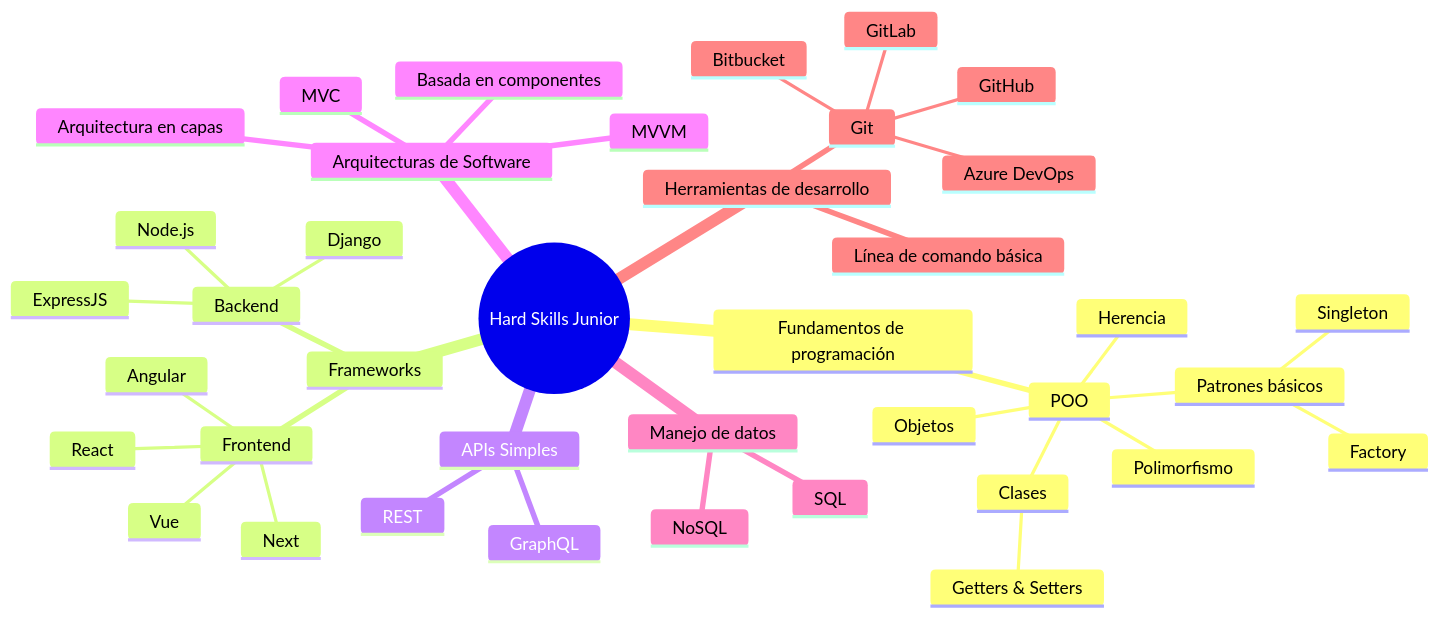
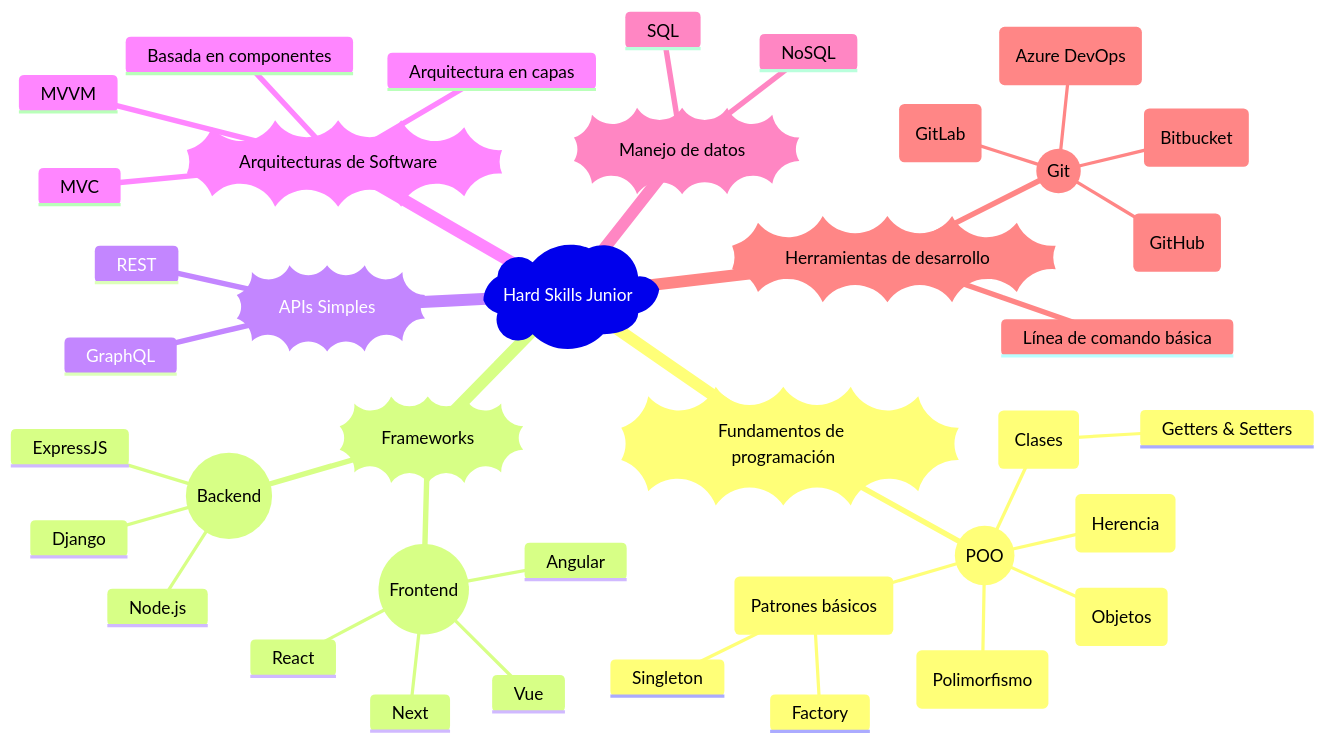
One commit to EdgarRangelInnovate/EdgarRangelInnovate changed the first of 12 diagrams in knowledge/tech/junior.md. Above: the diagram before and after it, drawn with Mermaid. The commit also changed other lines of this file, not shown here.

Commit message:
♻️ Refactor hard skills section in junior.md to enhance clarity and organization

````diff
--- a/knowledge/tech/junior.md
+++ b/knowledge/tech/junior.md
@@ -9,42 +9,42 @@
 ```mermaid
 mindmap
-  root((Hard Skills Junior))
-    Fundamentos de programación
-      POO
-        Clases
+  root)Hard Skills Junior((
+    ))Fundamentos de programación((
+      ((POO))
+        (Clases)
           Getters & Setters
-        Objetos
-        Herencia
-        Polimorfismo
-        Patrones básicos
+        (Objetos)
+        (Herencia)
+        (Polimorfismo)
+        (Patrones básicos)
           Factory
           Singleton
-    Frameworks
-      Frontend
+    ))Frameworks((
+      ((Frontend))
         React
         Angular
         Vue
         Next
-      Backend
+      ((Backend))
         Django
         ExpressJS
         Node.js
-    APIs Simples
+    ))APIs Simples((
       REST
       GraphQL
-    Arquitecturas de Software
+    ))Arquitecturas de Software((
       MVC
       MVVM
       Arquitectura en capas
       Basada en componentes
-    Manejo de datos
+    ))Manejo de datos((
       SQL
       NoSQL
-    Herramientas de desarrollo
-      Git
-        GitHub
-        GitLab
-        Bitbucket
-        Azure DevOps
+    ))Herramientas de desarrollo((
+      ((Git))
+        (GitHub)
+        (GitLab)
+        (Bitbucket)
+        (Azure DevOps)
       Línea de comando básica
 ```
````
